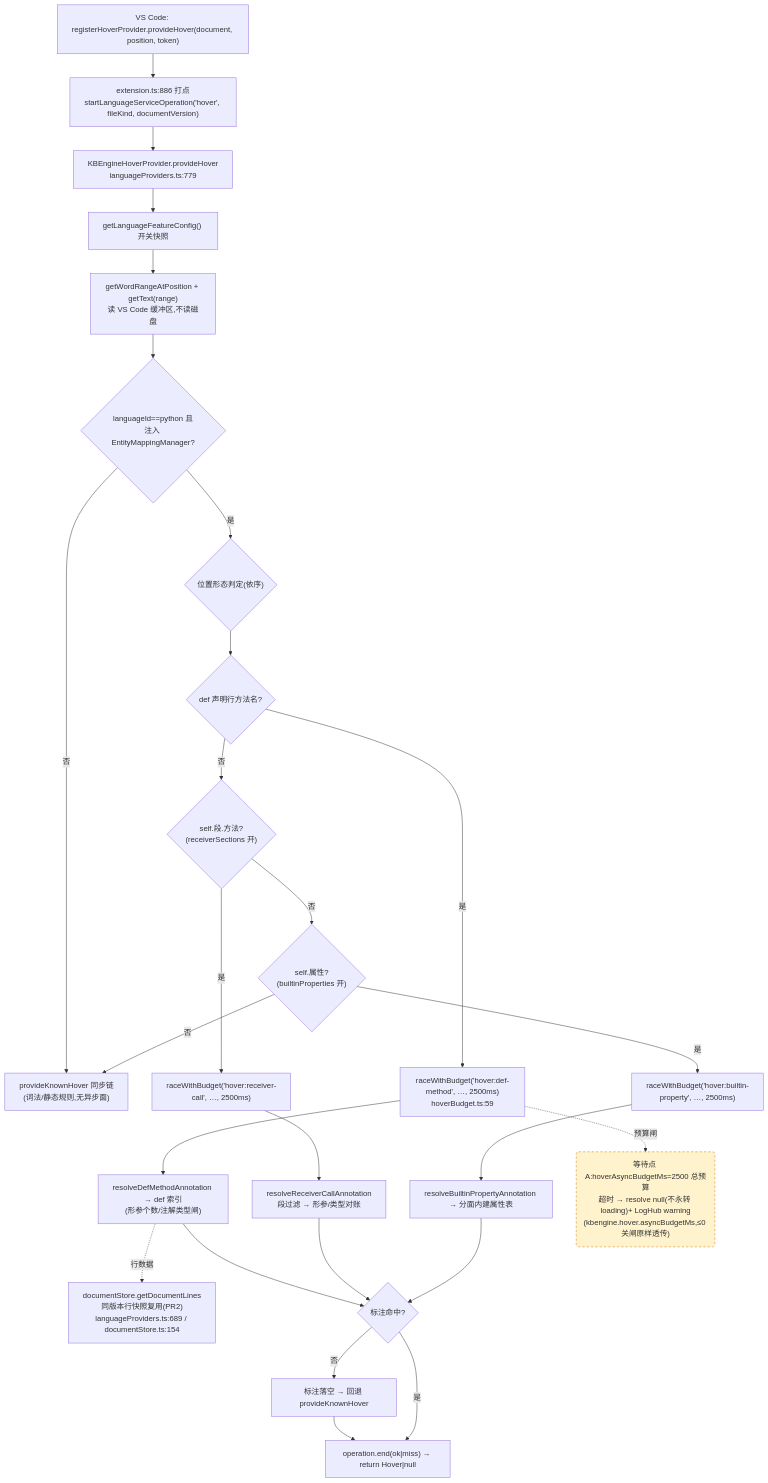
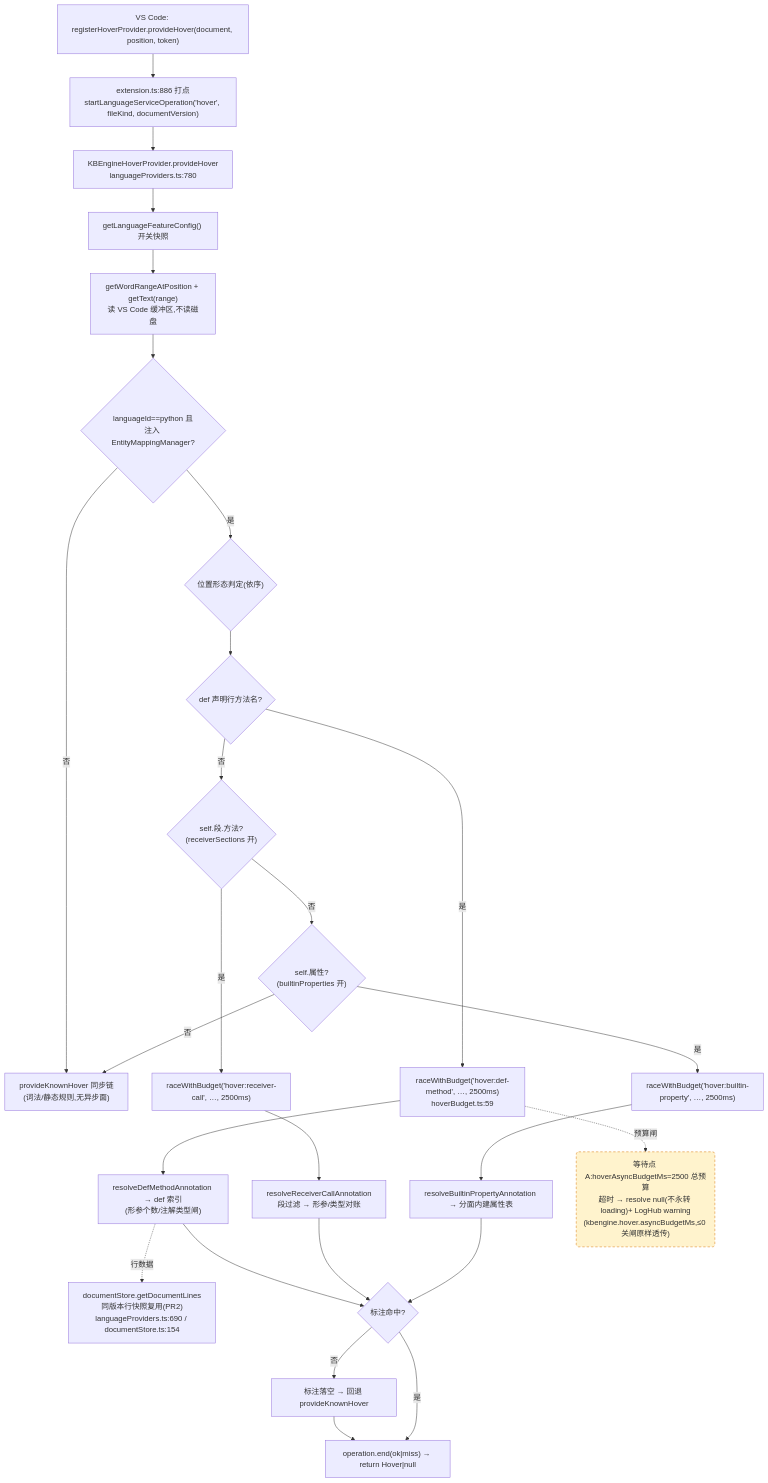
Before and after one commit to cuihairu/kode: the first of 4 diagrams in docs/perf/2026-baseline.md, drawn with Mermaid. The commit also changed other lines of this file and 6 other files, not shown here.

````diff
--- a/docs/perf/2026-baseline.md
+++ b/docs/perf/2026-baseline.md
@@ -82,45 +82,45 @@
 ```mermaid
 flowchart TD
   VC1["VS Code: registerHoverProvider.provideHover(document, position, token)"]
   M1["extension.ts:886 打点<br/>startLanguageServiceOperation('hover', fileKind, documentVersion)"]
-  HP["KBEngineHoverProvider.provideHover<br/>languageProviders.ts:779"]
+  HP["KBEngineHoverProvider.provideHover<br/>languageProviders.ts:780"]
   CFG["getLanguageFeatureConfig() 开关快照"]
   WORD["getWordRangeAtPosition + getText(range)<br/>读 VS Code 缓冲区,不读磁盘"]
   BR{"languageId==python 且<br/>注入 EntityMappingManager?"}
   KN["provideKnownHover 同步链<br/>(词法/静态规则,无异步面)"]
   POS{"位置形态判定(依序)"}
   D1{"def 声明行方法名?"}
   D2{"self.段.方法?<br/>(receiverSections 开)"}
   D3{"self.属性?<br/>(builtinProperties 开)"}
   RA1["raceWithBudget('hover:def-method', …, 2500ms)<br/>hoverBudget.ts:59"]
   RA2["raceWithBudget('hover:receiver-call', …, 2500ms)"]
   RA3["raceWithBudget('hover:builtin-property', …, 2500ms)"]
   RS1["resolveDefMethodAnnotation → def 索引<br/>(形参个数/注解类型闸)"]
   RS2["resolveReceiverCallAnnotation<br/>段过滤 → 形参/类型对账"]
   RS3["resolveBuiltinPropertyAnnotation → 分面内建属性表"]
-  LINES["documentStore.getDocumentLines<br/>同版本行快照复用(PR2)<br/>languageProviders.ts:689 / documentStore.ts:154"]
+  LINES["documentStore.getDocumentLines<br/>同版本行快照复用(PR2)<br/>languageProviders.ts:690 / documentStore.ts:154"]
   MISS["标注落空 → 回退 provideKnownHover"]
   END1["operation.end(ok|miss) → return Hover|null"]
 
   VC1 --> M1 --> HP --> CFG --> WORD --> BR
   BR -- "否" --> KN
   BR -- "是" --> POS --> D1
   D1 -- "是" --> RA1 --> RS1
   D1 -- "否" --> D2
   D2 -- "是" --> RA2 --> RS2
   D2 -- "否" --> D3
   D3 -- "是" --> RA3 --> RS3
   D3 -- "否" --> KN
   RS1 --> HIT{"标注命中?"}
   RS2 --> HIT
   RS3 --> HIT
   RS1 -.->|行数据| LINES
   HIT -- "否" --> MISS --> END1
   HIT -- "是" --> END1
 
   WAITA("等待点 A:hoverAsyncBudgetMs=2500 总预算<br/>超时 → resolve null(不永转 loading)+ LogHub warning<br/>(kbengine.hover.asyncBudgetMs,≤0 关闸原样透传)")
   RA1 -.->|预算闸| WAITA
 
   classDef waitPoint fill:#fff3cd,stroke:#d97706,stroke-dasharray:5 4;
   class WAITA waitPoint;
 ```
````
